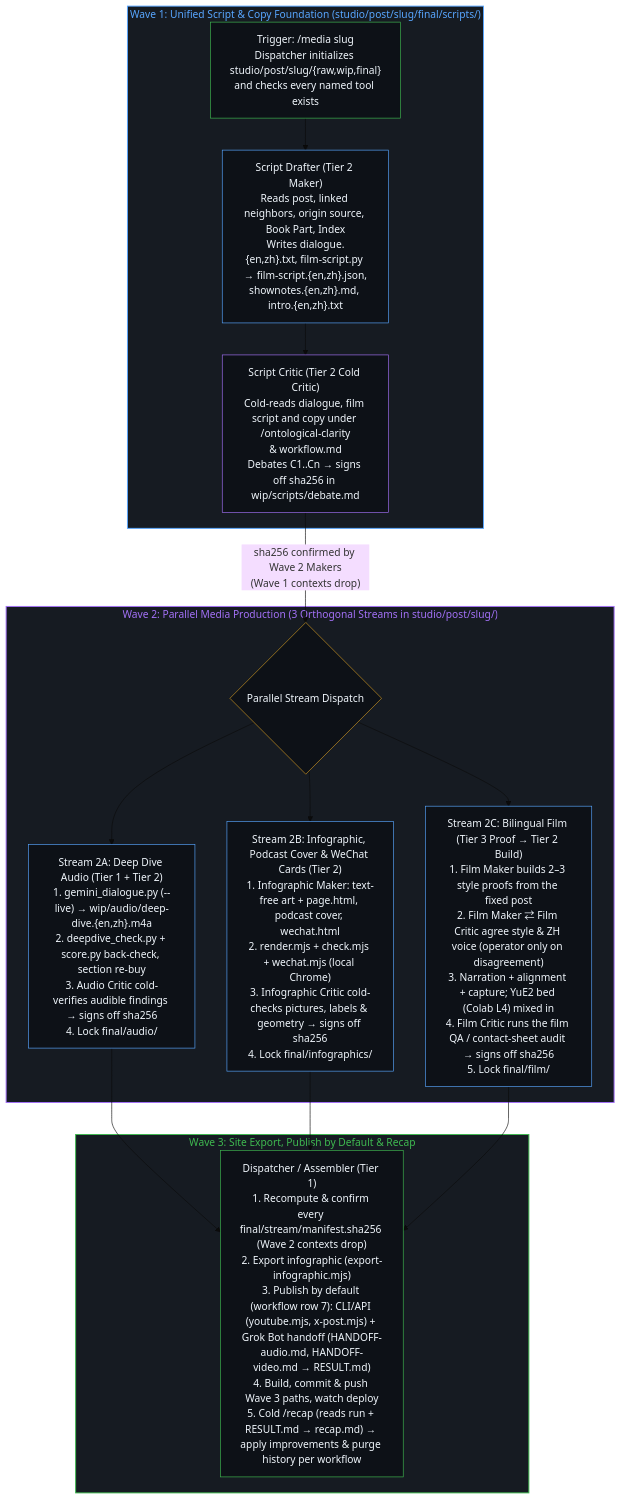
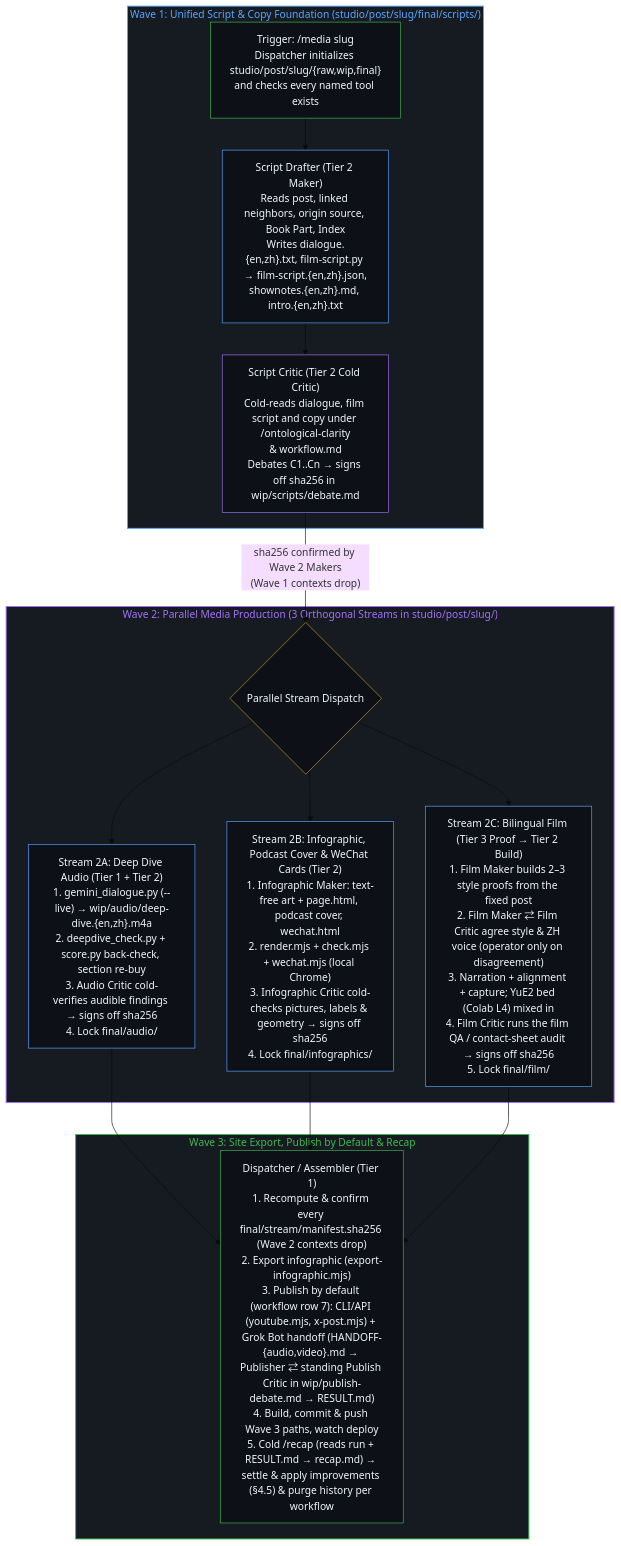
Before and after one commit to powerpig99/not-a-toe: the fourth of 4 diagrams in docs/wave-refinement-plan.md, drawn with Mermaid (base theme). The commit also changed other lines of this file and 1 other file, not shown here.

Commit message:
Settle full-lifecycle Post #404 recap: align Wave 3 Publisher/Publish Critic across skills, workflow, and §8.1 diagram

````diff
--- a/docs/wave-refinement-plan.md
+++ b/docs/wave-refinement-plan.md
@@ -573,33 +573,33 @@
 ```mermaid
 flowchart TD
     subgraph S_Wave1["Wave 1: Unified Script & Copy Foundation (studio/post/slug/final/scripts/)"]
         M0["Trigger: /media slug<br/>Dispatcher initializes studio/post/slug/{raw,wip,final}<br/>and checks every named tool exists"] --> SD["Script Drafter (Tier 2 Maker)<br/>Reads post, linked neighbors, origin source, Book Part, Index<br/>Writes dialogue.{en,zh}.txt, film-script.py → film-script.{en,zh}.json,<br/>shownotes.{en,zh}.md, intro.{en,zh}.txt"]
         SD --> SC["Script Critic (Tier 2 Cold Critic)<br/>Cold-reads dialogue, film script and copy under /ontological-clarity<br/>& workflow.md<br/>Debates C1..Cn → signs off sha256 in wip/scripts/debate.md"]
     end
 
     subgraph S_Wave2["Wave 2: Parallel Media Production (3 Orthogonal Streams in studio/post/slug/)"]
         SC -->|"sha256 confirmed by Wave 2 Makers<br/>(Wave 1 contexts drop)"| Fork{"Parallel Stream Dispatch"}
 
         Fork --> AB["Stream 2A: Deep Dive Audio (Tier 1 + Tier 2)<br/>1. gemini_dialogue.py (--live) → wip/audio/deep-dive.{en,zh}.m4a<br/>2. deepdive_check.py + score.py back-check, section re-buy<br/>3. Audio Critic cold-verifies audible findings → signs off sha256<br/>4. Lock final/audio/"]
 
         Fork --> IB["Stream 2B: Infographic, Podcast Cover & WeChat Cards (Tier 2)<br/>1. Infographic Maker: text-free art + page.html, podcast cover, wechat.html<br/>2. render.mjs + check.mjs + wechat.mjs (local Chrome)<br/>3. Infographic Critic cold-checks pictures, labels & geometry → signs off sha256<br/>4. Lock final/infographics/"]
 
         Fork --> FB["Stream 2C: Bilingual Film (Tier 3 Proof → Tier 2 Build)<br/>1. Film Maker builds 2–3 style proofs from the fixed post<br/>2. Film Maker ⇄ Film Critic agree style & ZH voice (operator only on disagreement)<br/>3. Narration + alignment + capture; YuE2 bed (Colab L4) mixed in<br/>4. Film Critic runs the film QA / contact-sheet audit → signs off sha256<br/>5. Lock final/film/"]
     end
 
     subgraph S_Wave3["Wave 3: Site Export, Publish by Default & Recap"]
-        AB & IB & FB --> DA["Dispatcher / Assembler (Tier 1)<br/>1. Recompute & confirm every final/stream/manifest.sha256 (Wave 2 contexts drop)<br/>2. Export infographic (export-infographic.mjs)<br/>3. Publish by default (workflow row 7): CLI/API (youtube.mjs, x-post.mjs) + Grok Bot handoff (HANDOFF-audio.md, HANDOFF-video.md → RESULT.md)<br/>4. Build, commit & push Wave 3 paths, watch deploy<br/>5. Cold /recap (reads run + RESULT.md → recap.md) → apply improvements & purge history per workflow"]
+        AB & IB & FB --> DA["Dispatcher / Assembler (Tier 1)<br/>1. Recompute & confirm every final/stream/manifest.sha256 (Wave 2 contexts drop)<br/>2. Export infographic (export-infographic.mjs)<br/>3. Publish by default (workflow row 7): CLI/API (youtube.mjs, x-post.mjs) + Grok Bot handoff (HANDOFF-{audio,video}.md → Publisher ⇄ standing Publish Critic in wip/publish-debate.md → RESULT.md)<br/>4. Build, commit & push Wave 3 paths, watch deploy<br/>5. Cold /recap (reads run + RESULT.md → recap.md) → settle & apply improvements (§4.5) & purge history per workflow"]
     end
 
     style S_Wave1 fill:#161b22,stroke:#58a6ff,stroke-width:1.5px,color:#58a6ff
     style S_Wave2 fill:#161b22,stroke:#a371f7,stroke-width:1.5px,color:#a371f7
     style S_Wave3 fill:#161b22,stroke:#3fb950,stroke-width:1.5px,color:#3fb950
     style M0 fill:#0d1117,stroke:#3fb950,stroke-width:1px,color:#f0f6fc
     style SD fill:#0d1117,stroke:#58a6ff,stroke-width:1px,color:#f0f6fc
     style SC fill:#0d1117,stroke:#a371f7,stroke-width:1px,color:#f0f6fc
     style Fork fill:#0d1117,stroke:#d29922,stroke-width:1px,color:#f0f6fc
     style AB fill:#0d1117,stroke:#58a6ff,stroke-width:1px,color:#f0f6fc
     style IB fill:#0d1117,stroke:#58a6ff,stroke-width:1px,color:#f0f6fc
     style FB fill:#0d1117,stroke:#58a6ff,stroke-width:1px,color:#f0f6fc
     style DA fill:#0d1117,stroke:#3fb950,stroke-width:1px,color:#f0f6fc
 ```
````
